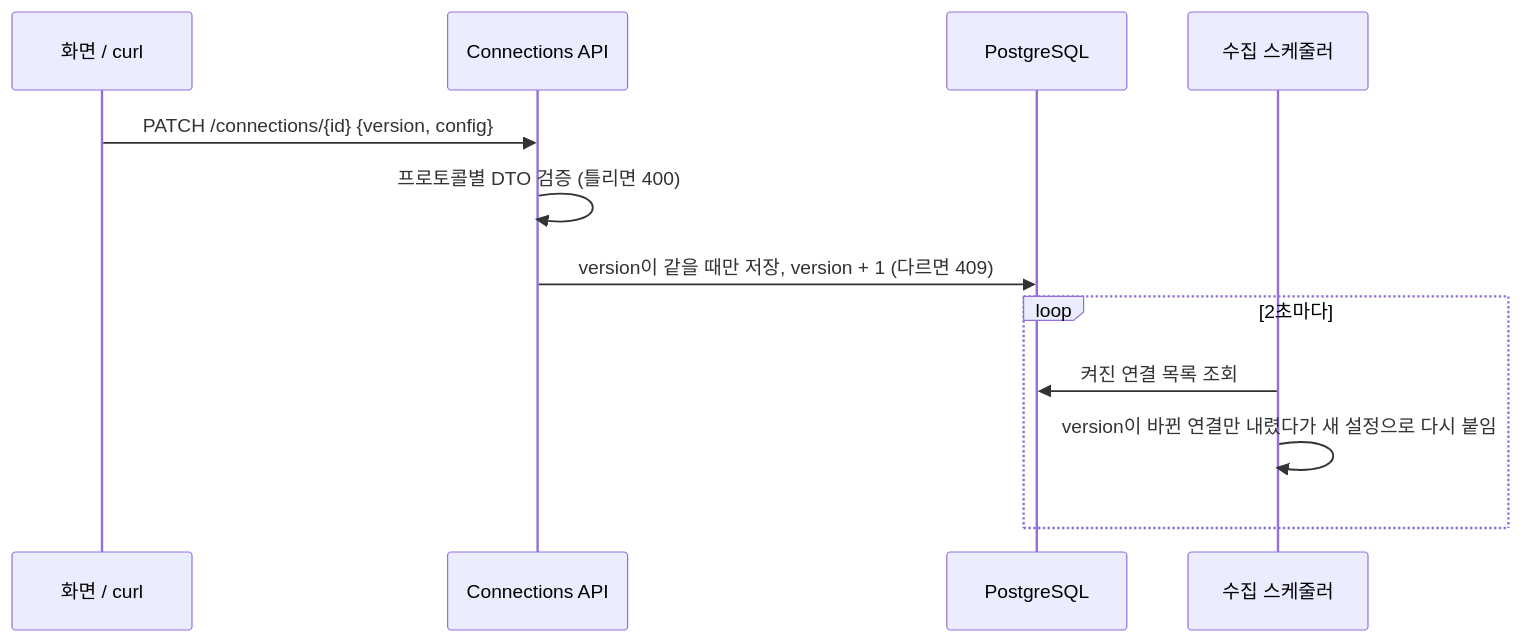
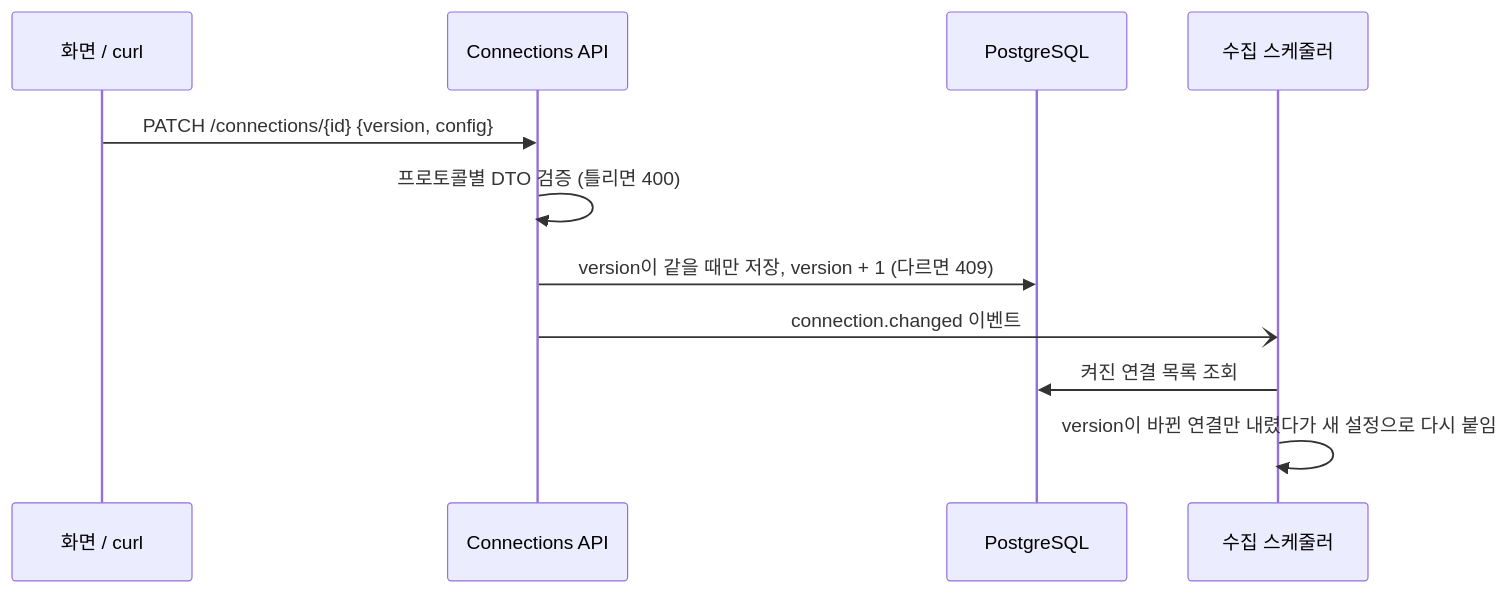
The third of 7 diagrams in docs/design-rationale.md (dksalsgus/agv-amr-control-middleware), drawn with Mermaid before and after one commit. The commit also changed other lines of this file and 10 other files, not shown here.

````diff
--- a/docs/design-rationale.md
+++ b/docs/design-rationale.md
@@ -91,14 +91,13 @@
 ```mermaid
 sequenceDiagram
   participant UI as 화면 / curl
   participant API as Connections API
   participant DB as PostgreSQL
   participant SC as 수집 스케줄러
   UI->>API: PATCH /connections/{id} {version, config}
   API->>API: 프로토콜별 DTO 검증 (틀리면 400)
   API->>DB: version이 같을 때만 저장, version + 1 (다르면 409)
-  loop 2초마다
-    SC->>DB: 켜진 연결 목록 조회
-    SC->>SC: version이 바뀐 연결만 내렸다가 새 설정으로 다시 붙임
-  end
+  API-)SC: connection.changed 이벤트
+  SC->>DB: 켜진 연결 목록 조회
+  SC->>SC: version이 바뀐 연결만 내렸다가 새 설정으로 다시 붙임
 ```
````
